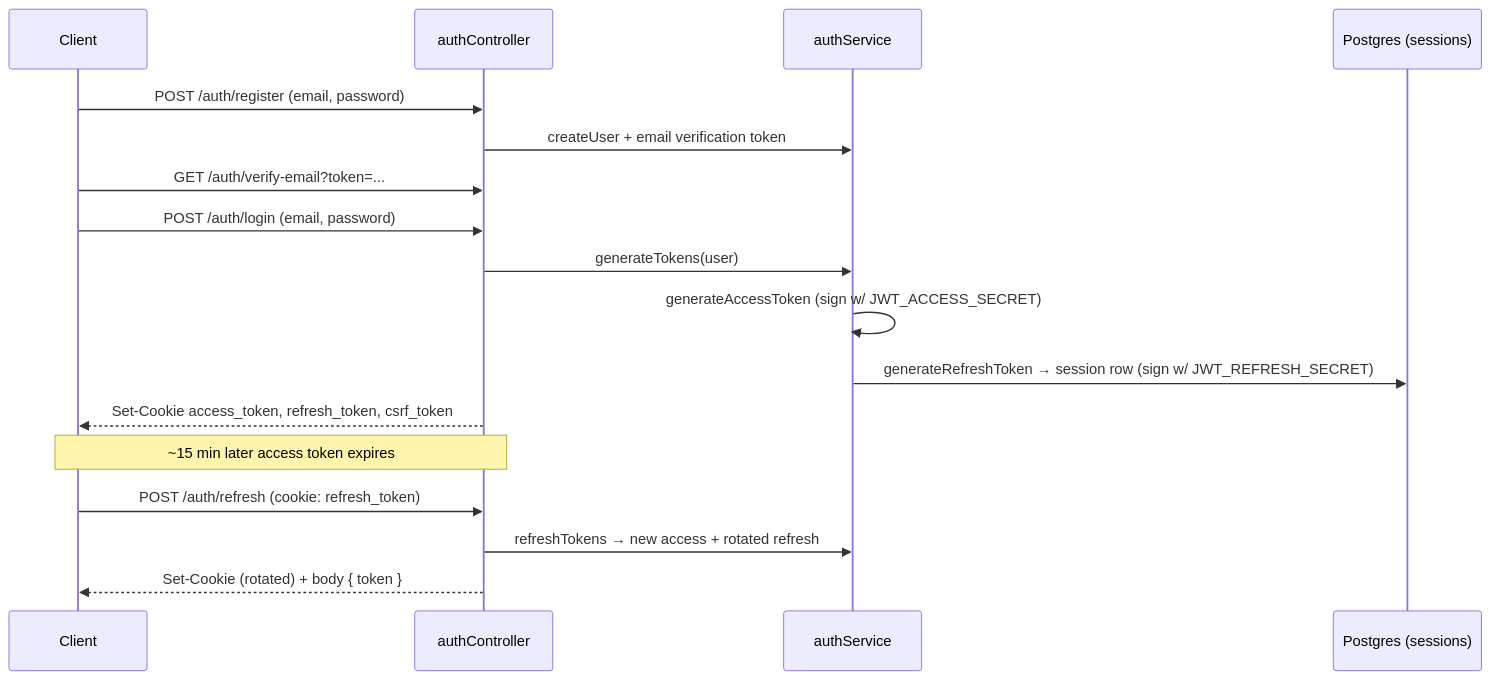
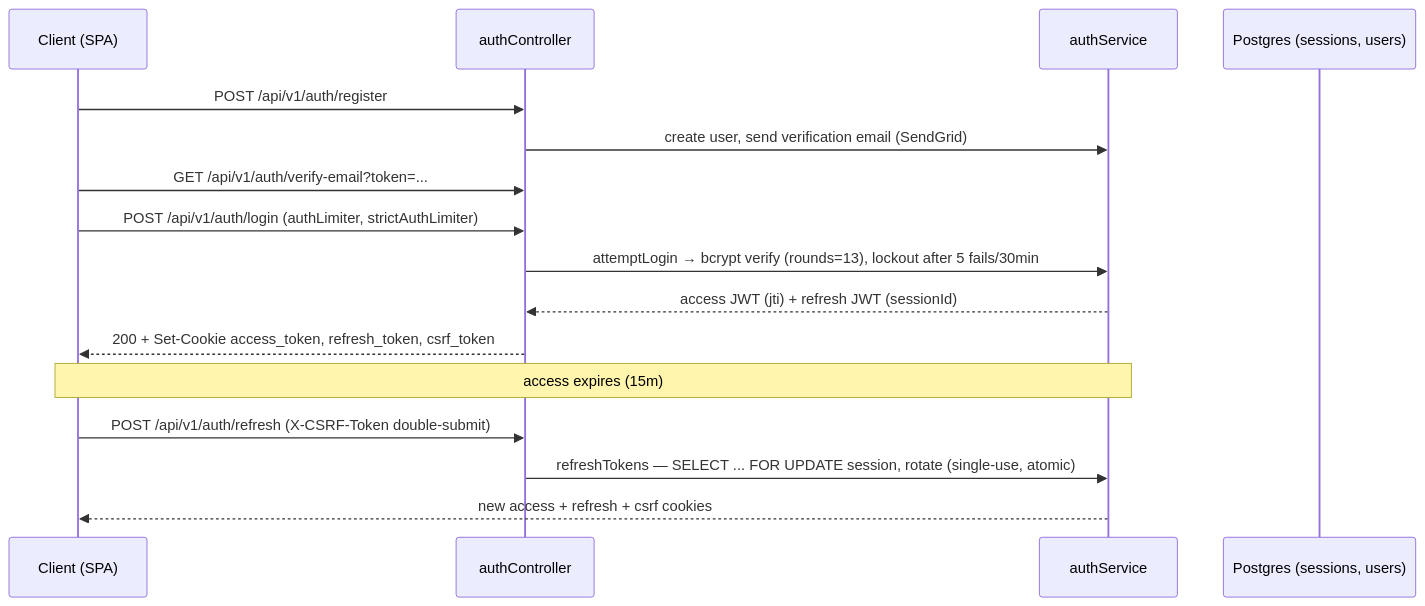
The second of 10 diagrams in New Project Documents/ARCHITECTURE.md (breilly1296/OwnMyHealth-Claude), drawn with Mermaid before and after one commit. The commit also changed other lines of this file and 146 other files, not shown here.

First line of the commit message:
docs: refresh doc set + reorg security reviews; add GTM, analysis, prompts

````diff
--- a/New Project Documents/ARCHITECTURE.md
+++ b/New Project Documents/ARCHITECTURE.md
@@ -186,20 +191,19 @@
 ```mermaid
 sequenceDiagram
-  participant C as Client
+  participant C as Client (SPA)
   participant Ctl as authController
   participant Svc as authService
-  participant DB as Postgres (sessions)
+  participant DB as Postgres (sessions, users)
 
-  C->>Ctl: POST /auth/register (email, password)
-  Ctl->>Svc: createUser + email verification token
-  C->>Ctl: GET /auth/verify-email?token=...
-  C->>Ctl: POST /auth/login (email, password)
-  Ctl->>Svc: generateTokens(user)
-  Svc->>Svc: generateAccessToken (sign w/ JWT_ACCESS_SECRET)
-  Svc->>DB: generateRefreshToken → session row (sign w/ JWT_REFRESH_SECRET)
-  Ctl-->>C: Set-Cookie access_token, refresh_token, csrf_token
-  Note over C,Ctl: ~15 min later access token expires
-  C->>Ctl: POST /auth/refresh (cookie: refresh_token)
-  Ctl->>Svc: refreshTokens → new access + rotated refresh
-  Ctl-->>C: Set-Cookie (rotated) + body { token }
+  C->>Ctl: POST /api/v1/auth/register
+  Ctl->>Svc: create user, send verification email (SendGrid)
+  C->>Ctl: GET /api/v1/auth/verify-email?token=...
+  C->>Ctl: POST /api/v1/auth/login (authLimiter, strictAuthLimiter)
+  Ctl->>Svc: attemptLogin → bcrypt verify (rounds=13), lockout after 5 fails/30min
+  Svc-->>Ctl: access JWT (jti) + refresh JWT (sessionId)
+  Ctl-->>C: 200 + Set-Cookie access_token, refresh_token, csrf_token
+  Note over C,Svc: access expires (15m)
+  C->>Ctl: POST /api/v1/auth/refresh (X-CSRF-Token double-submit)
+  Ctl->>Svc: refreshTokens — SELECT ... FOR UPDATE session, rotate (single-use, atomic)
+  Svc-->>C: new access + refresh + csrf cookies
 ```
````
